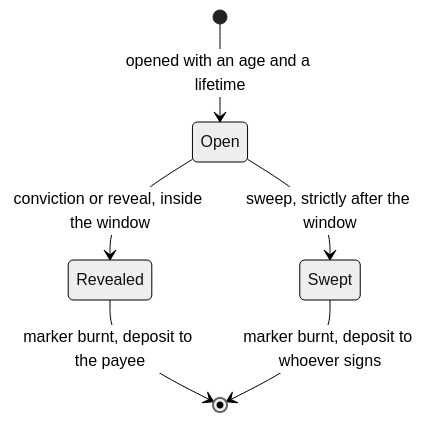
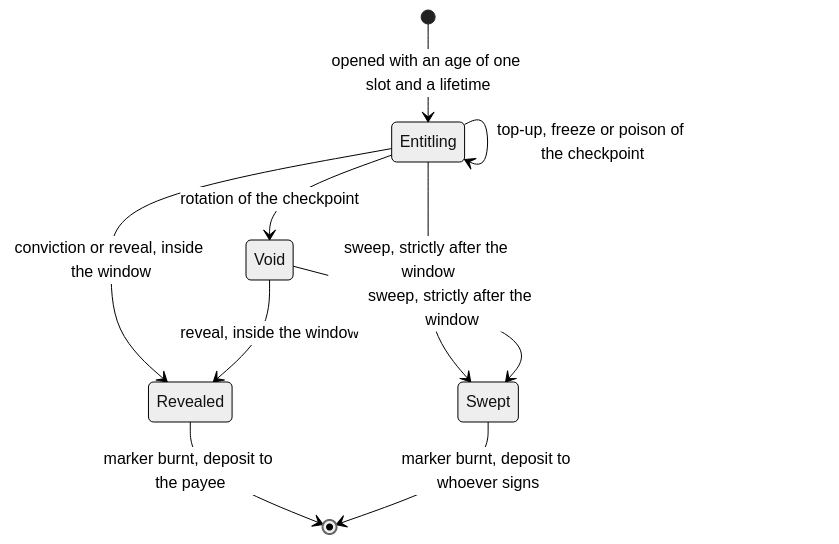
The third of 3 diagrams in docs/design/trust-model.md (lambdasistemi/cardano-keri), drawn with Mermaid (neutral theme) before and after one commit. The commit also changed other lines of this file and 12 other files, not shown here.

````diff
--- a/docs/design/trust-model.md
+++ b/docs/design/trust-model.md
@@ -303,8 +311,12 @@
 ```mermaid
 stateDiagram-v2
-  [*] --> Open: opened with an age and a lifetime
-  Open --> Revealed: conviction or reveal, inside the window
-  Open --> Swept: sweep, strictly after the window
+  [*] --> Entitling: opened with an age of one slot and a lifetime
+  Entitling --> Entitling: top-up, freeze or poison of the checkpoint
+  Entitling --> Void: rotation of the checkpoint
+  Entitling --> Revealed: conviction or reveal, inside the window
+  Entitling --> Swept: sweep, strictly after the window
+  Void --> Revealed: reveal, inside the window
+  Void --> Swept: sweep, strictly after the window
   Revealed --> [*]: marker burnt, deposit to the payee
   Swept --> [*]: marker burnt, deposit to whoever signs
 ```
````
